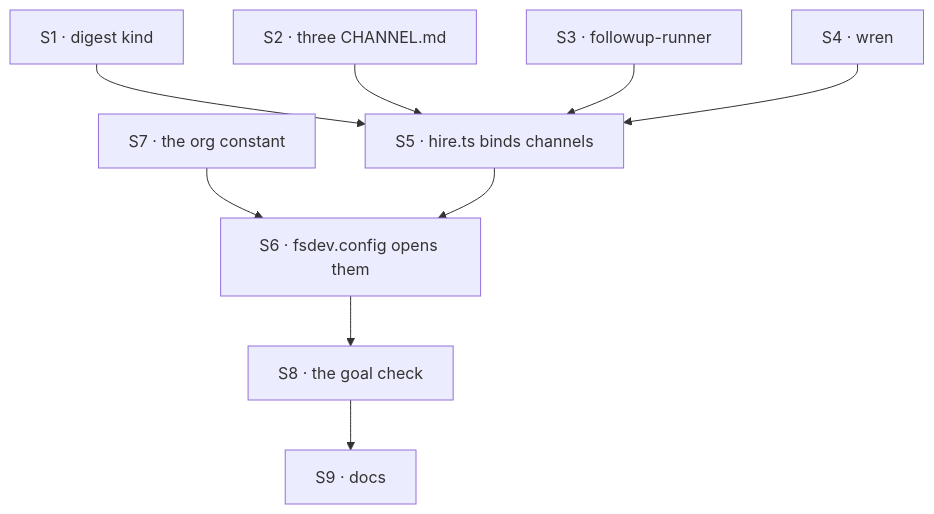
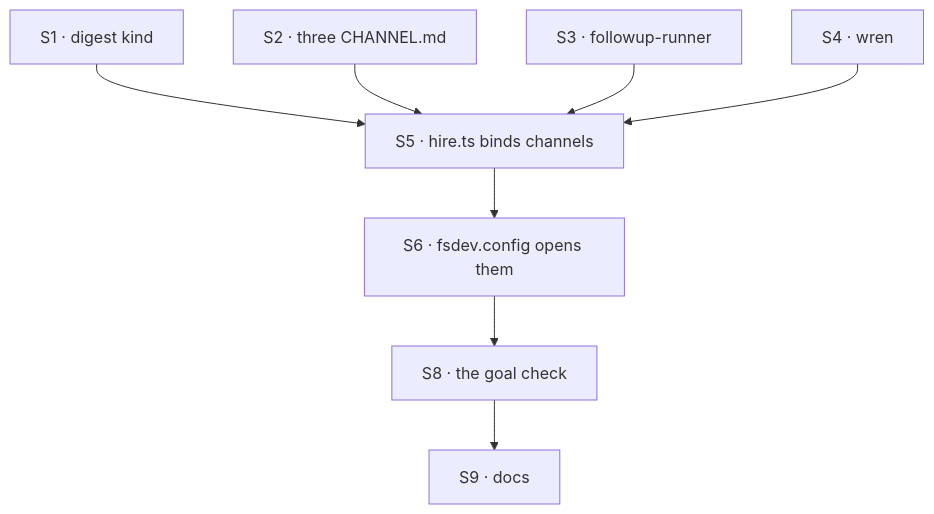
The diagram in specs/issues/FIX-1476/PLAN.md (fixpoint-labs/flow-state-dev), drawn with Mermaid before and after one commit. The commit also changed other lines of this file and 5 other files, not shown here.

````diff
--- a/specs/issues/FIX-1476/PLAN.md
+++ b/specs/issues/FIX-1476/PLAN.md
@@ -40,11 +44,10 @@
 ```mermaid
 flowchart TD
-  S7["S7 · the org constant"] --> S6
   S1["S1 · digest kind"] --> S5
   S2["S2 · three CHANNEL.md"] --> S5
   S3["S3 · followup-runner"] --> S5
   S4["S4 · wren"] --> S5
   S5["S5 · hire.ts binds channels"] --> S6["S6 · fsdev.config opens them"]
   S6 --> S8["S8 · the goal check"]
   S8 --> S9["S9 · docs"]
 ```
````
